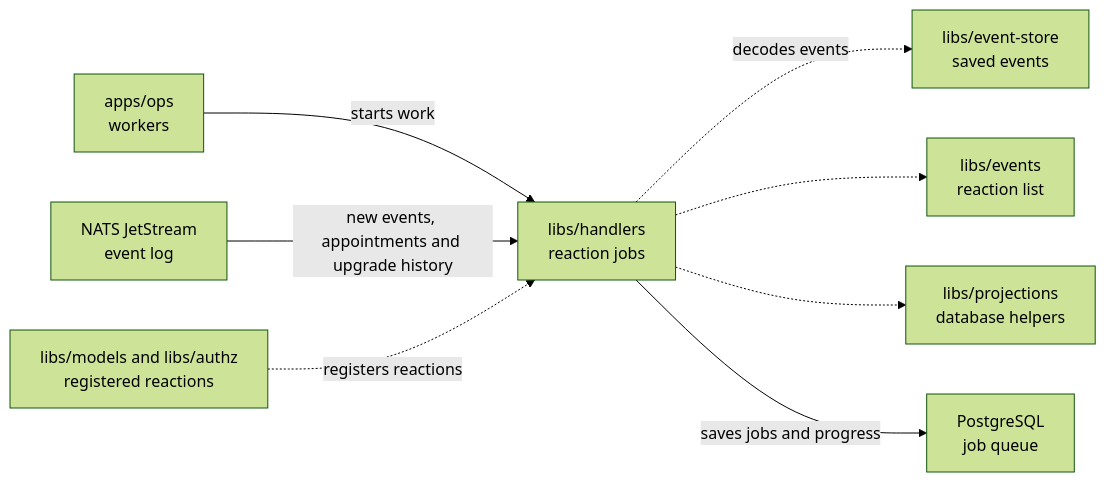
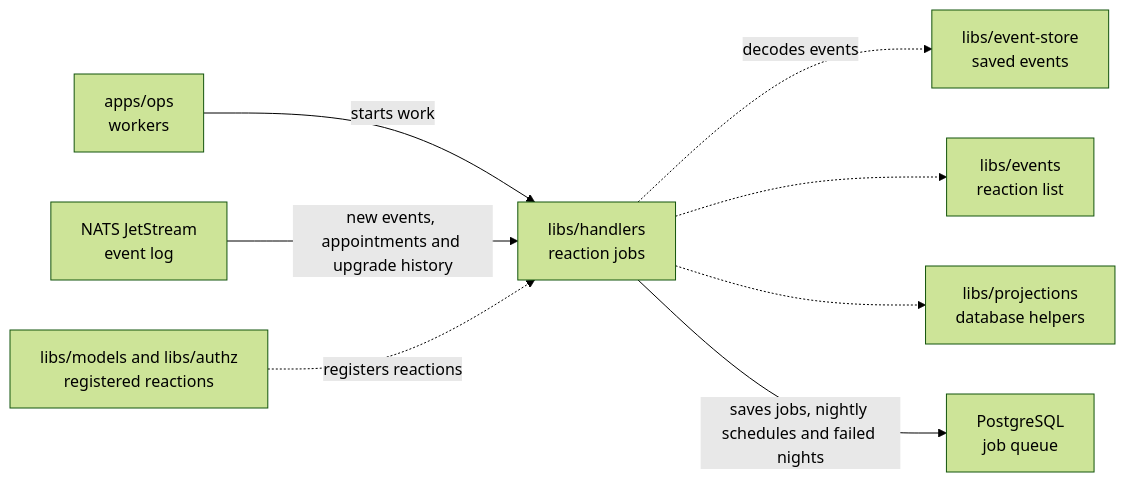
The diagram in libs/handlers/README.md (elewa-git/opencrane-new), drawn with Mermaid (forest theme) before and after one commit. The commit also changed other lines of this file and 29 other files, not shown here.

First line of the commit message:
🌙 Nightly memory tidying records when each night is due and shows missed nights, and still runs nothing (#360)

````diff
--- a/libs/handlers/README.md
+++ b/libs/handlers/README.md
@@ -28,10 +28,10 @@
 ```mermaid
 flowchart LR
   ops["apps/ops<br/>workers"] -->|starts work| handlers["libs/handlers<br/>reaction jobs"]
   nats["NATS JetStream<br/>event log"] -->|new events, appointments and upgrade history| handlers
   reactions["libs/models and libs/authz<br/>registered reactions"] -.->|registers reactions| handlers
   handlers -.->|decodes events| store["libs/event-store<br/>saved events"]
   handlers -.-> events["libs/events<br/>reaction list"]
   handlers -.-> projections["libs/projections<br/>database helpers"]
-  handlers -->|saves jobs and progress| pg["PostgreSQL<br/>job queue"]
+  handlers -->|saves jobs, nightly schedules and failed nights| pg["PostgreSQL<br/>job queue"]
 ```
````
